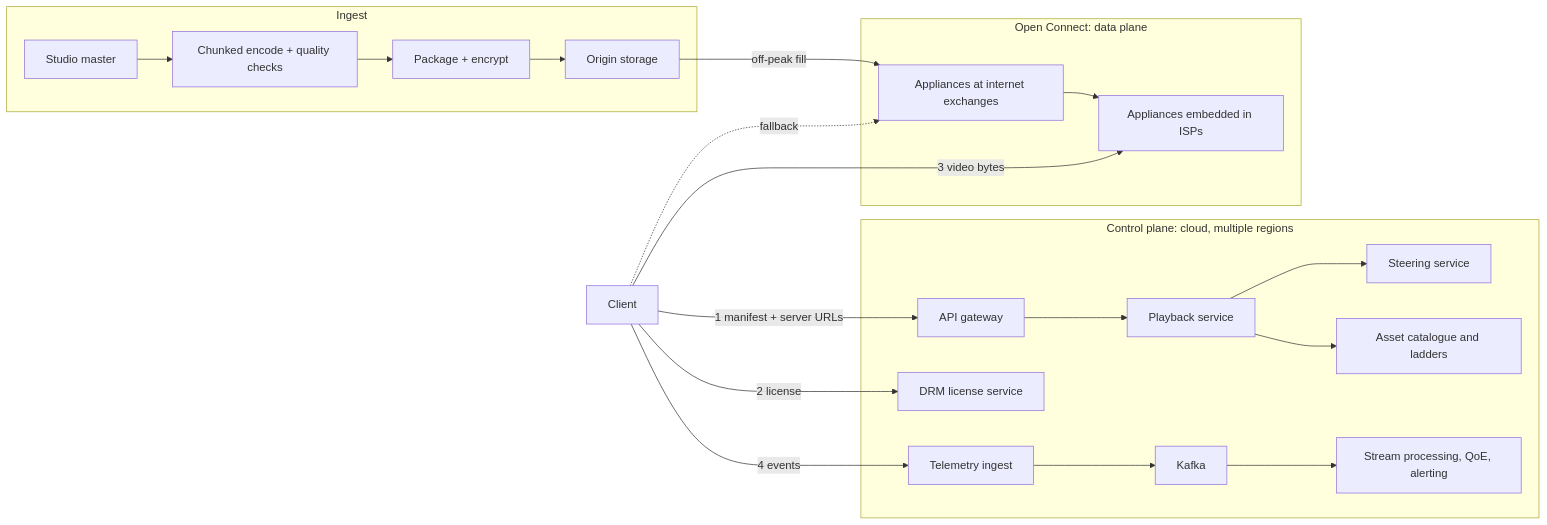
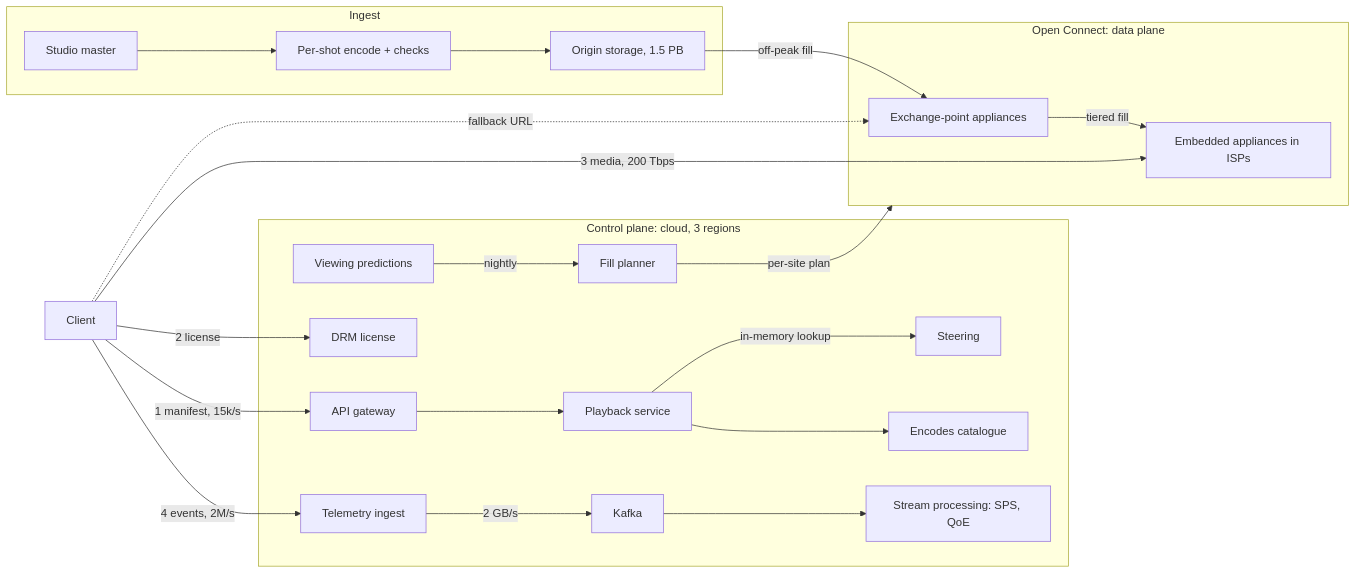
Before and after one commit to thull32/ascend: the diagram in content/tracks/09-system-design/03-case-studies/06-video-streaming-netflix.md, drawn with Mermaid. The commit also changed other lines of this file and 8 other files, not shown here.

````diff
--- a/content/tracks/09-system-design/03-case-studies/06-video-streaming-netflix.md
+++ b/content/tracks/09-system-design/03-case-studies/06-video-streaming-netflix.md
@@ -101,22 +105,24 @@
 ```mermaid
 flowchart LR
-  subgraph CP["Control plane: cloud, multiple regions"]
+  subgraph CP["Control plane: cloud, 3 regions"]
     API["API gateway"] --> PB["Playback service"]
-    PB --> ST["Steering service"]
-    PB --> MD["Asset catalogue and ladders"]
-    LIC["DRM license service"]
-    TEL["Telemetry ingest"] --> KF["Kafka"] --> SP["Stream processing, QoE, alerting"]
+    PB -->|"in-memory lookup"| ST["Steering"]
+    PB --> MD["Encodes catalogue"]
+    LIC["DRM license"]
+    TEL["Telemetry ingest"] -->|"2 GB/s"| KF["Kafka"] --> SP["Stream processing: SPS, QoE"]
+    REC["Viewing predictions"] -->|"nightly"| FP["Fill planner"]
   end
   subgraph ING["Ingest"]
-    SRC["Studio master"] --> ENC["Chunked encode + quality checks"] --> PKG["Package + encrypt"] --> ORG["Origin storage"]
+    SRC["Studio master"] --> ENC["Per-shot encode + checks"] --> ORG["Origin storage, 1.5 PB"]
   end
   subgraph OC["Open Connect: data plane"]
-    IXP["Appliances at internet exchanges"] --> EMB["Appliances embedded in ISPs"]
+    IXP["Exchange-point appliances"] -->|"tiered fill"| EMB["Embedded appliances in ISPs"]
   end
   ORG -->|"off-peak fill"| IXP
-  C["Client"] -->|"1 manifest + server URLs"| API
+  FP -->|"per-site plan"| OC
+  C["Client"] -->|"1 manifest, 15k/s"| API
   C -->|"2 license"| LIC
-  C -->|"3 video bytes"| EMB
-  C -.->|"fallback"| IXP
-  C -->|"4 events"| TEL
+  C -->|"3 media, 200 Tbps"| EMB
+  C -.->|"fallback URL"| IXP
+  C -->|"4 events, 2M/s"| TEL
 ```
````
